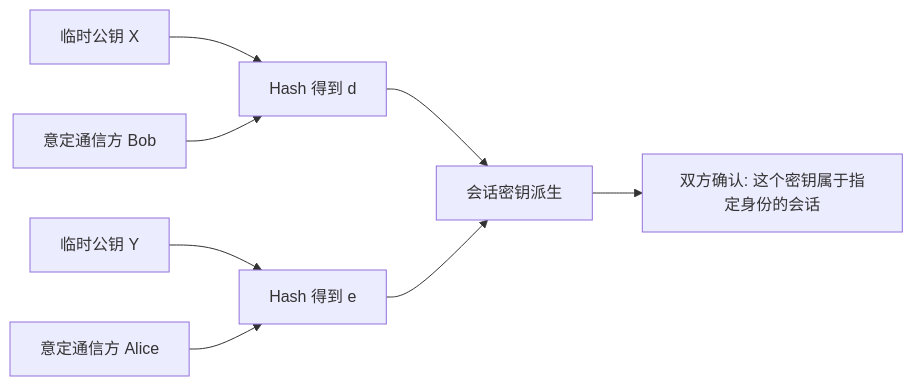
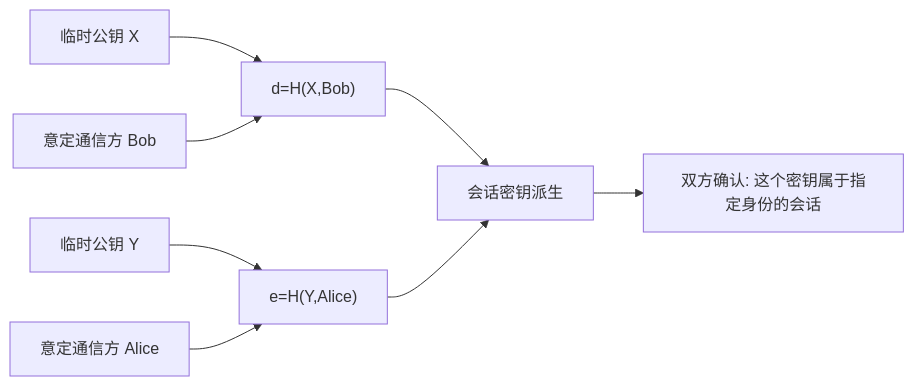
The seventh of 21 diagrams in 大三下/密码协议/密码协议期末复习-Obsidian视觉版.md (22mouseok-crypto/obsidian-vault), drawn with Mermaid before and after one commit. The commit also changed other lines of this file, not shown here.

````diff
--- a/大三下/密码协议/密码协议期末复习-Obsidian视觉版.md
+++ b/大三下/密码协议/密码协议期末复习-Obsidian视觉版.md
@@ -321,10 +321,10 @@
 ```mermaid
 flowchart LR
-    X[临时公钥 X] --> D[Hash 得到 d]
+    X[临时公钥 X] --> D["d=H(X,Bob)"]
     Bob[意定通信方 Bob] --> D
-    Y[临时公钥 Y] --> E[Hash 得到 e]
+    Y[临时公钥 Y] --> E["e=H(Y,Alice)"]
     Alice[意定通信方 Alice] --> E
     D --> K[会话密钥派生]
     E --> K
     K --> Safe[双方确认: 这个密钥属于指定身份的会话]
 ```
````
